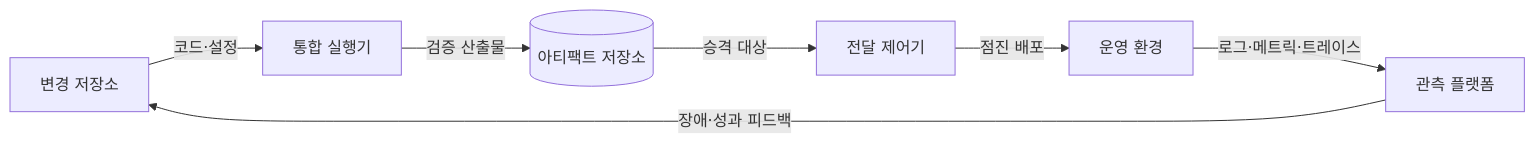
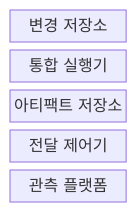
Before and after one commit to agnusdei1207/knowledge-base: the first of 2 diagrams in src/content/docs/notes/03-software/056_devops_pipeline.md, drawn with Mermaid. The commit also changed other lines of this file and 20 other files, not shown here.

````diff
--- a/src/content/docs/notes/03-software/056_devops_pipeline.md
+++ b/src/content/docs/notes/03-software/056_devops_pipeline.md
@@ -59,9 +57,9 @@
 ```mermaid
-flowchart LR
-    S[변경 저장소] -->|코드·설정| C[통합 실행기]
-    C -->|검증 산출물| A[(아티팩트 저장소)]
-    A -->|승격 대상| D[전달 제어기]
-    D -->|점진 배포| E[운영 환경]
-    E -->|로그·메트릭·트레이스| O[관측 플랫폼]
-    O -->|장애·성과 피드백| S
+block
+  columns 1
+  S["변경 저장소"]
+  C["통합 실행기"]
+  A["아티팩트 저장소"]
+  D["전달 제어기"]
+  O["관측 플랫폼"]
 ```
````
